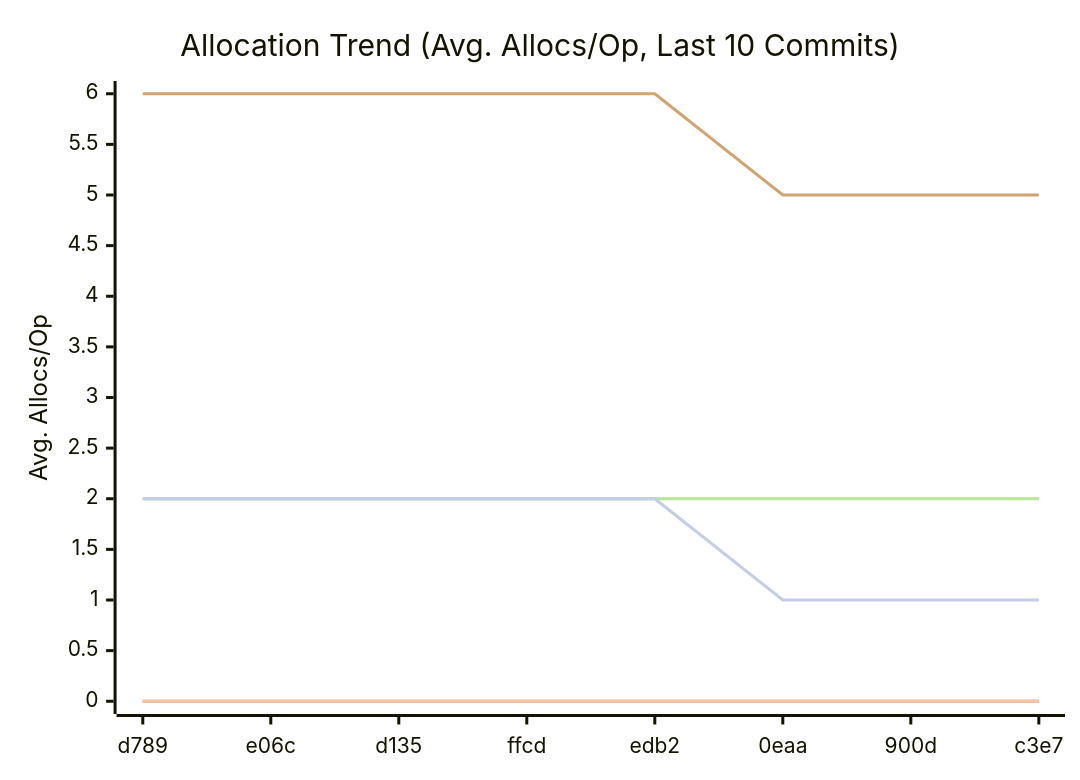
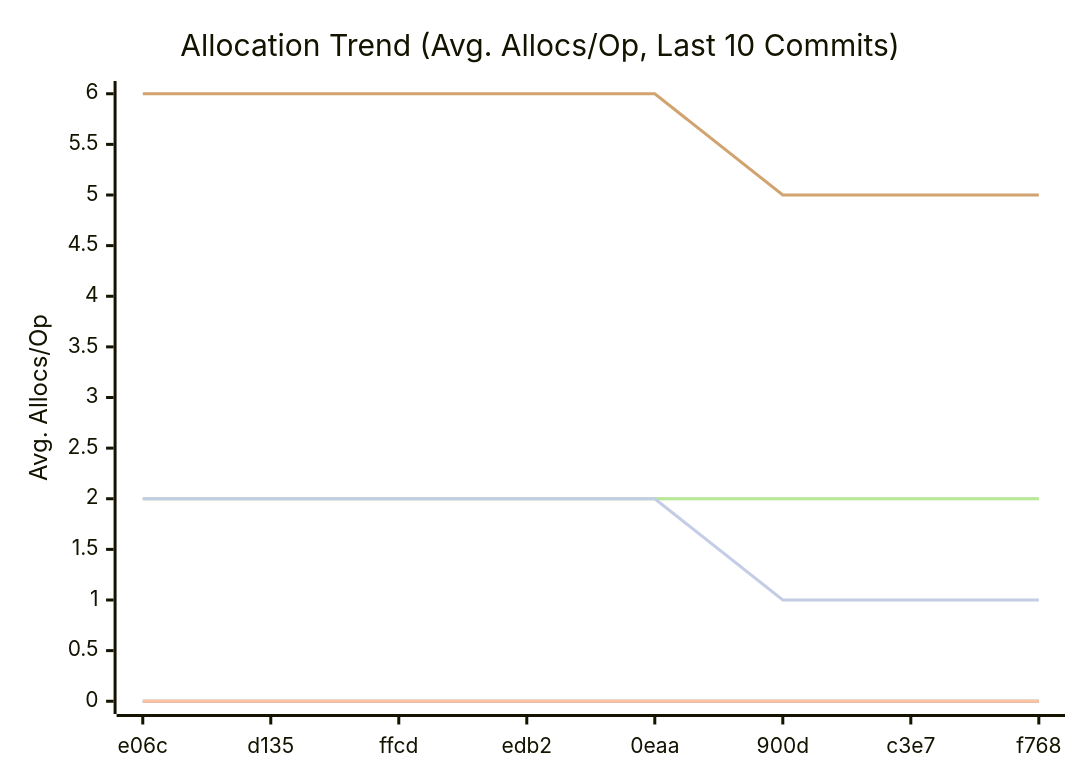
Before and after one commit to alsotoes/momo: the third of 3 diagrams in docs/README.md, drawn with Mermaid. The commit also changed other lines of this file and 1 other file, not shown here.

````diff
--- a/docs/README.md
+++ b/docs/README.md
@@ -333,14 +333,14 @@
 ```mermaid
 xychart-beta
     title "Allocation Trend (Avg. Allocs/Op, Last 10 Commits)"
     x-axis "Commit"
     y-axis "Avg. Allocs/Op"
-    x-axis [d789,e06c,d135,ffcd,edb2,0eaa,900d,c3e7]
+    x-axis [e06c,d135,ffcd,edb2,0eaa,900d,c3e7,f768]
     line "CheckMetricsAndSwap" [0,0,0,0,0,0,0,0,0,0]
     line "IndexDirectTracking" [0,0,0,0,0,0,0,0,0,0]
     line "IndexSearch" [0,0,0,0,0,0,0,0,0,0]
     line "LoadGlobalConfig" [2,2,2,2,2,2,2,2,2,2]
     line "PadString" [2,2,2,2,2,2,2,2,2,2]
     line "ParseReplicationOrder_NoPrealloc" [6,6,6,6,6,5,5,5,5,5]
     line "ParseReplicationOrder_Prealloc" [2,2,2,2,2,1,1,1,1,1]
 ```
````
